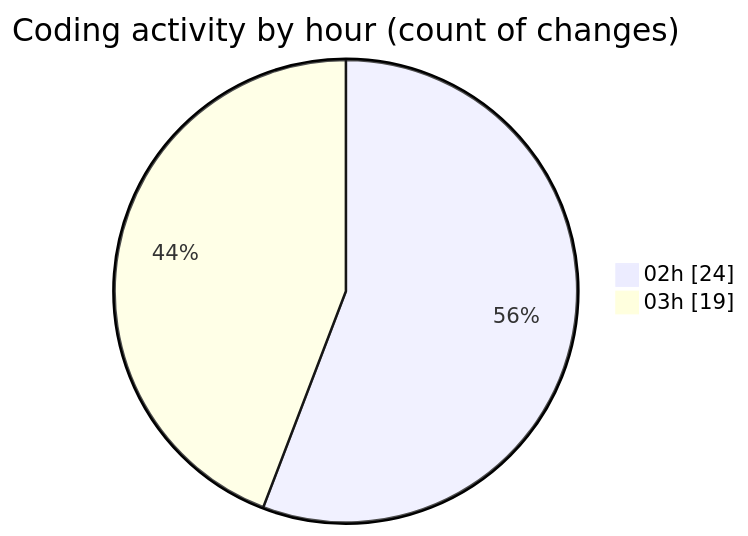
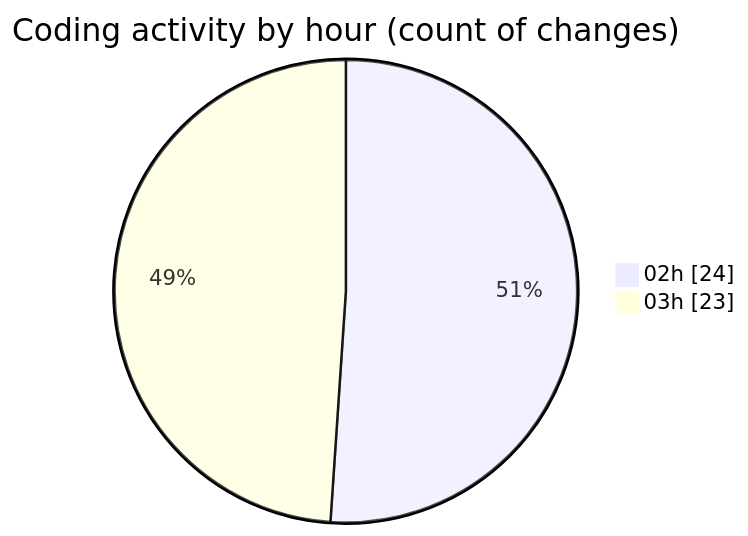
The second of 2 diagrams in 2025-07-23/quanlyrapchieuphim/README.md (lephambinh05/code-tracking), drawn with Mermaid before and after one commit. The commit also changed other lines of this file and 1 other file, not shown here.

````diff
--- a/2025-07-23/quanlyrapchieuphim/README.md
+++ b/2025-07-23/quanlyrapchieuphim/README.md
@@ -38,6 +38,6 @@
 ```mermaid
 pie showData
 title Coding activity by hour (count of changes)
 "02h" : 24
-"03h" : 19
+"03h" : 23
 ```
````
